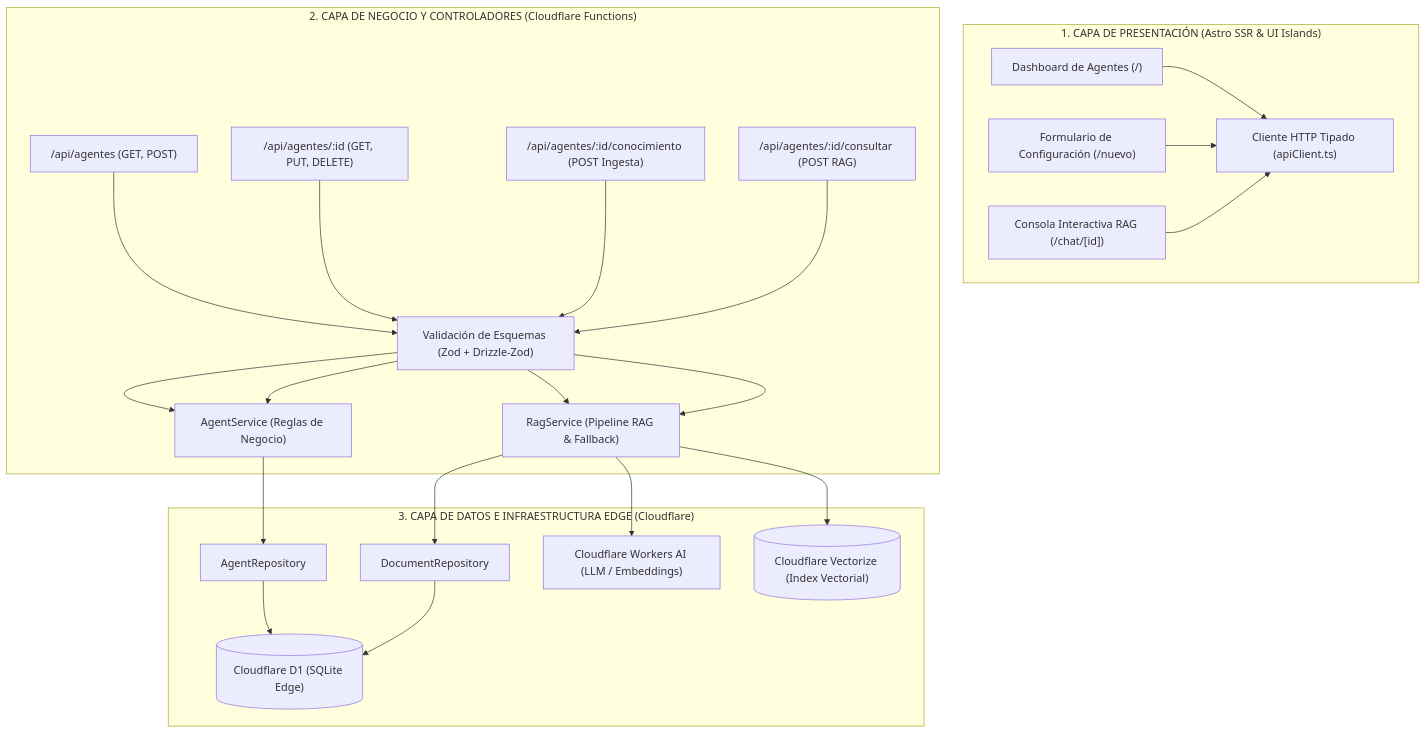
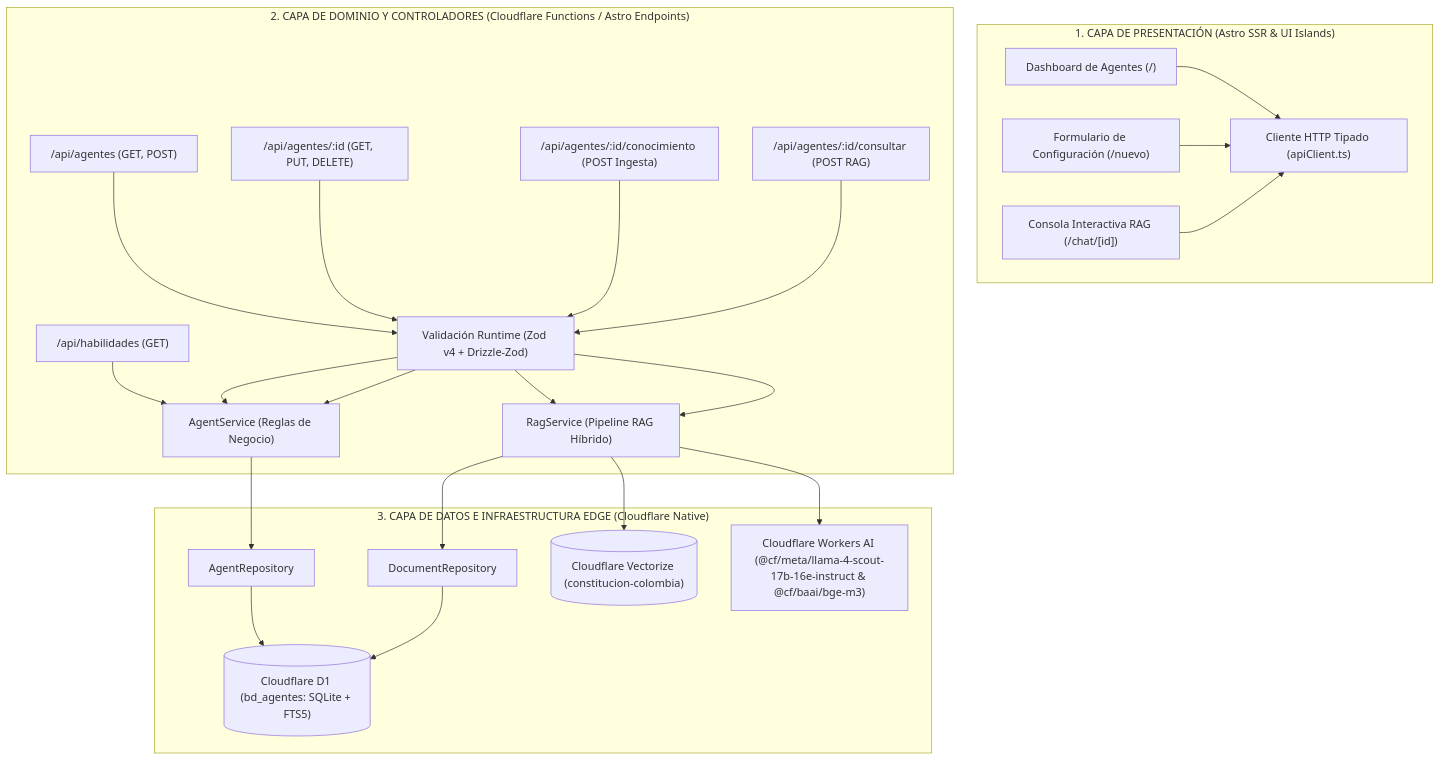
Before and after one commit to SantiagoPrada2005/constitutional-agents: the diagram in README.md, drawn with Mermaid. The commit also changed other lines of this file, not shown here.

Commit message:
docs: update README with exact package versions and hybrid RAG architecture

````diff
--- a/README.md
+++ b/README.md
@@ -32,41 +34,43 @@
 ```mermaid
 flowchart TD
     subgraph Capa1["1. CAPA DE PRESENTACIÓN (Astro SSR & UI Islands)"]
         UI_Dash["Dashboard de Agentes (/)"]
         UI_Form["Formulario de Configuración (/nuevo)"]
         UI_Chat["Consola Interactiva RAG (/chat/[id])"]
         Client_API["Cliente HTTP Tipado (apiClient.ts)"]
         UI_Dash --> Client_API
         UI_Form --> Client_API
         UI_Chat --> Client_API
     end
 
-    subgraph Capa2["2. CAPA DE NEGOCIO Y CONTROLADORES (Cloudflare Functions)"]
+    subgraph Capa2["2. CAPA DE DOMINIO Y CONTROLADORES (Cloudflare Functions / Astro Endpoints)"]
         API_Agentes["/api/agentes (GET, POST)"]
         API_Detalle["/api/agentes/:id (GET, PUT, DELETE)"]
         API_Conocimiento["/api/agentes/:id/conocimiento (POST Ingesta)"]
         API_Consultar["/api/agentes/:id/consultar (POST RAG)"]
+        API_Habilidades["/api/habilidades (GET)"]
         
-        Zod_Val["Validación de Esquemas (Zod + Drizzle-Zod)"]
+        Zod_Val["Validación Runtime (Zod v4 + Drizzle-Zod)"]
         Service_Agent["AgentService (Reglas de Negocio)"]
-        Service_RAG["RagService (Pipeline RAG & Fallback)"]
+        Service_RAG["RagService (Pipeline RAG Híbrido)"]
         
         API_Agentes --> Zod_Val --> Service_Agent
         API_Detalle --> Zod_Val --> Service_Agent
         API_Conocimiento --> Zod_Val --> Service_RAG
         API_Consultar --> Zod_Val --> Service_RAG
+        API_Habilidades --> Service_Agent
     end
 
-    subgraph Capa3["3. CAPA DE DATOS E INFRAESTRUCTURA EDGE (Cloudflare)"]
+    subgraph Capa3["3. CAPA DE DATOS E INFRAESTRUCTURA EDGE (Cloudflare Native)"]
         Repo_Agent["AgentRepository"]
         Repo_Doc["DocumentRepository"]
-        D1_DB[("Cloudflare D1 (SQLite Edge)")]
-        Workers_AI["Cloudflare Workers AI (LLM / Embeddings)"]
-        Vectorize_DB[("Cloudflare Vectorize (Index Vectorial)")]
+        D1_DB[("Cloudflare D1 (bd_agentes: SQLite + FTS5)")]
+        Workers_AI["Cloudflare Workers AI (@cf/meta/llama-4-scout-17b-16e-instruct & @cf/baai/bge-m3)"]
+        Vectorize_DB[("Cloudflare Vectorize (constitucion-colombia)")]
         
         Service_Agent --> Repo_Agent --> D1_DB
         Service_RAG --> Repo_Doc --> D1_DB
         Service_RAG --> Vectorize_DB
         Service_RAG --> Workers_AI
     end
 ```
````
